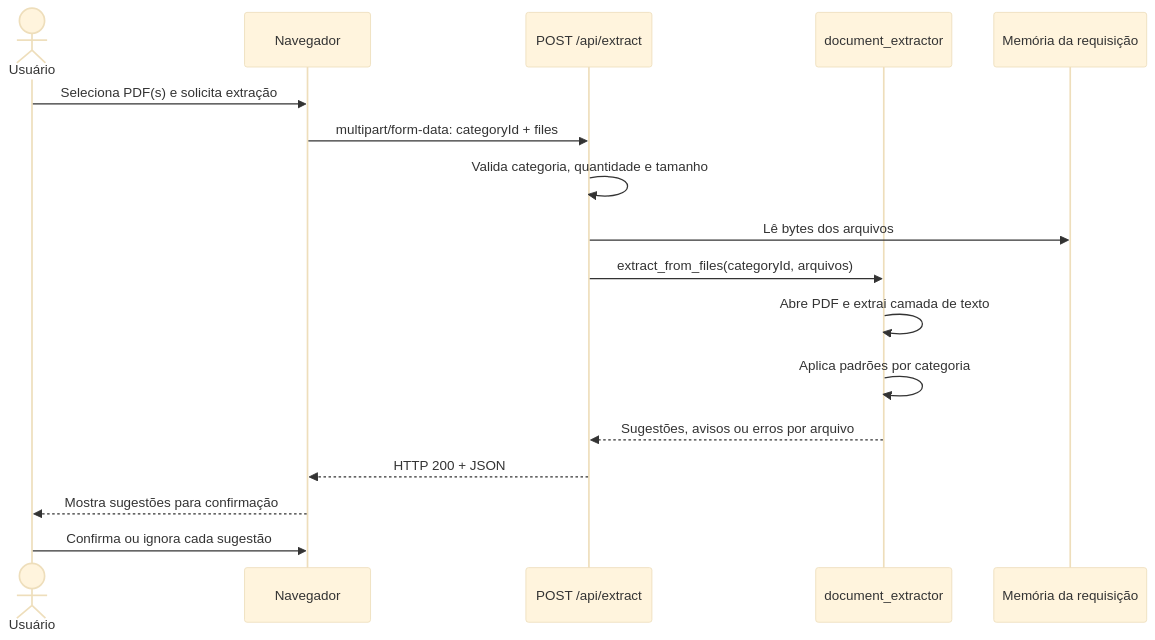
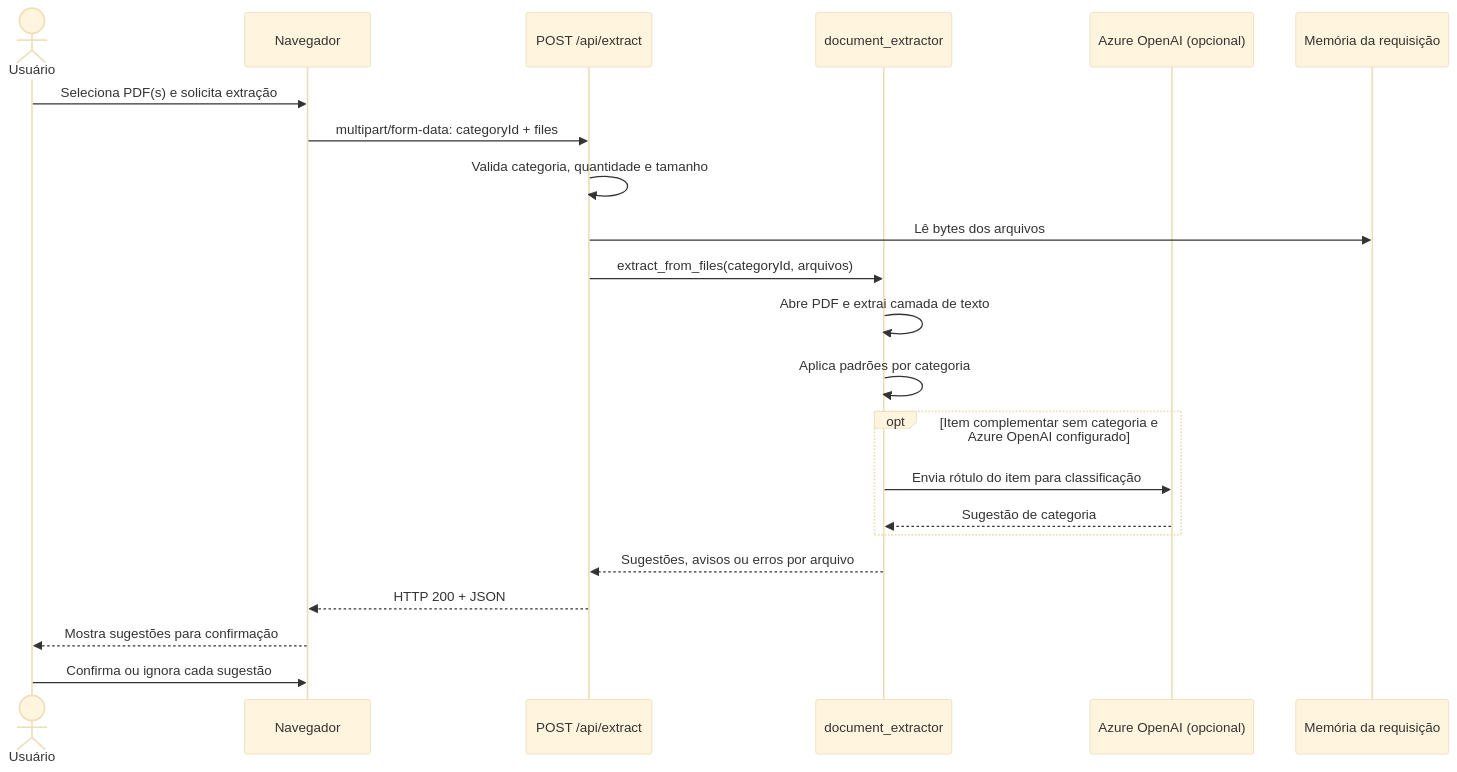
Before and after one commit to jaquelinerufino/irpf-helper: the second of 3 diagrams in docs/processos.md, drawn with Mermaid (base theme). The commit also changed other lines of this file and 15 other files, not shown here.

````diff
--- a/docs/processos.md
+++ b/docs/processos.md
@@ -34,20 +34,25 @@
 ```mermaid
 sequenceDiagram
     actor U as Usuário
     participant B as Navegador
     participant A as POST /api/extract
     participant E as document_extractor
+    participant L as Azure OpenAI (opcional)
     participant M as Memória da requisição
 
     U->>B: Seleciona PDF(s) e solicita extração
     B->>A: multipart/form-data: categoryId + files
     A->>A: Valida categoria, quantidade e tamanho
     A->>M: Lê bytes dos arquivos
     A->>E: extract_from_files(categoryId, arquivos)
     E->>E: Abre PDF e extrai camada de texto
     E->>E: Aplica padrões por categoria
+    opt Item complementar sem categoria e Azure OpenAI configurado
+        E->>L: Envia rótulo do item para classificação
+        L-->>E: Sugestão de categoria
+    end
     E-->>A: Sugestões, avisos ou erros por arquivo
     A-->>B: HTTP 200 + JSON
     B-->>U: Mostra sugestões para confirmação
     U->>B: Confirma ou ignora cada sugestão
 ```
````
